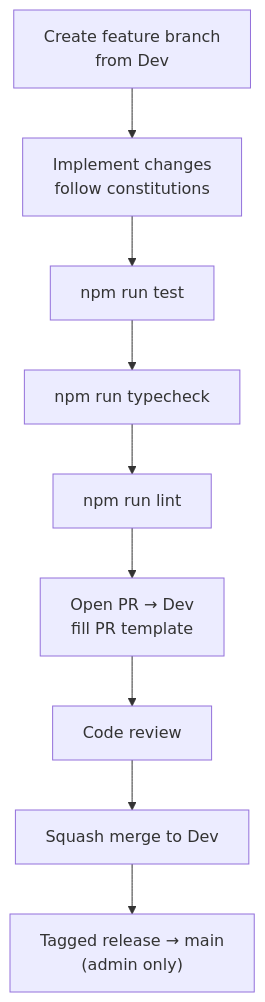
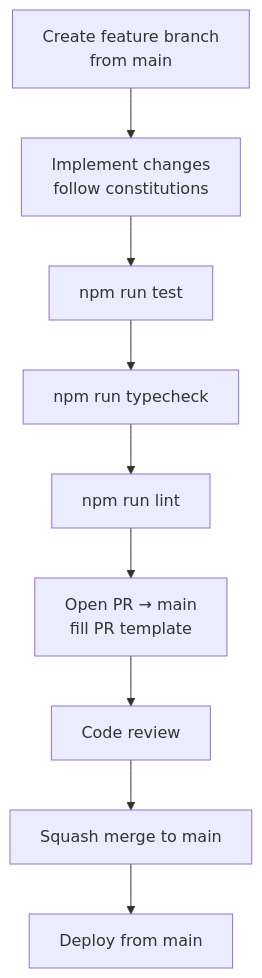
The diagram in CONTRIBUTING.md (KSDRILL-SA/Xkimi-Xa-Mali), drawn with Mermaid before and after one commit. The commit also changed other lines of this file and 9 other files, not shown here.

First line of the commit message:
chore: main is the only long-lived branch

````diff
--- a/CONTRIBUTING.md
+++ b/CONTRIBUTING.md
@@ -43,14 +43,14 @@
 ```mermaid
 flowchart TD
-    BRANCH["Create feature branch<br/>from Dev"]
+    BRANCH["Create feature branch<br/>from main"]
     CODE["Implement changes<br/>follow constitutions"]
     TESTS["npm run test"]
     TYPECHECK["npm run typecheck"]
     LINT["npm run lint"]
-    PR["Open PR → Dev<br/>fill PR template"]
+    PR["Open PR → main<br/>fill PR template"]
     REVIEW["Code review"]
-    MERGE["Squash merge to Dev"]
-    RELEASE["Tagged release → main<br/>(admin only)"]
+    MERGE["Squash merge to main"]
+    RELEASE["Deploy from main"]
 
     BRANCH --> CODE --> TESTS --> TYPECHECK --> LINT --> PR --> REVIEW --> MERGE --> RELEASE
 ```
````
